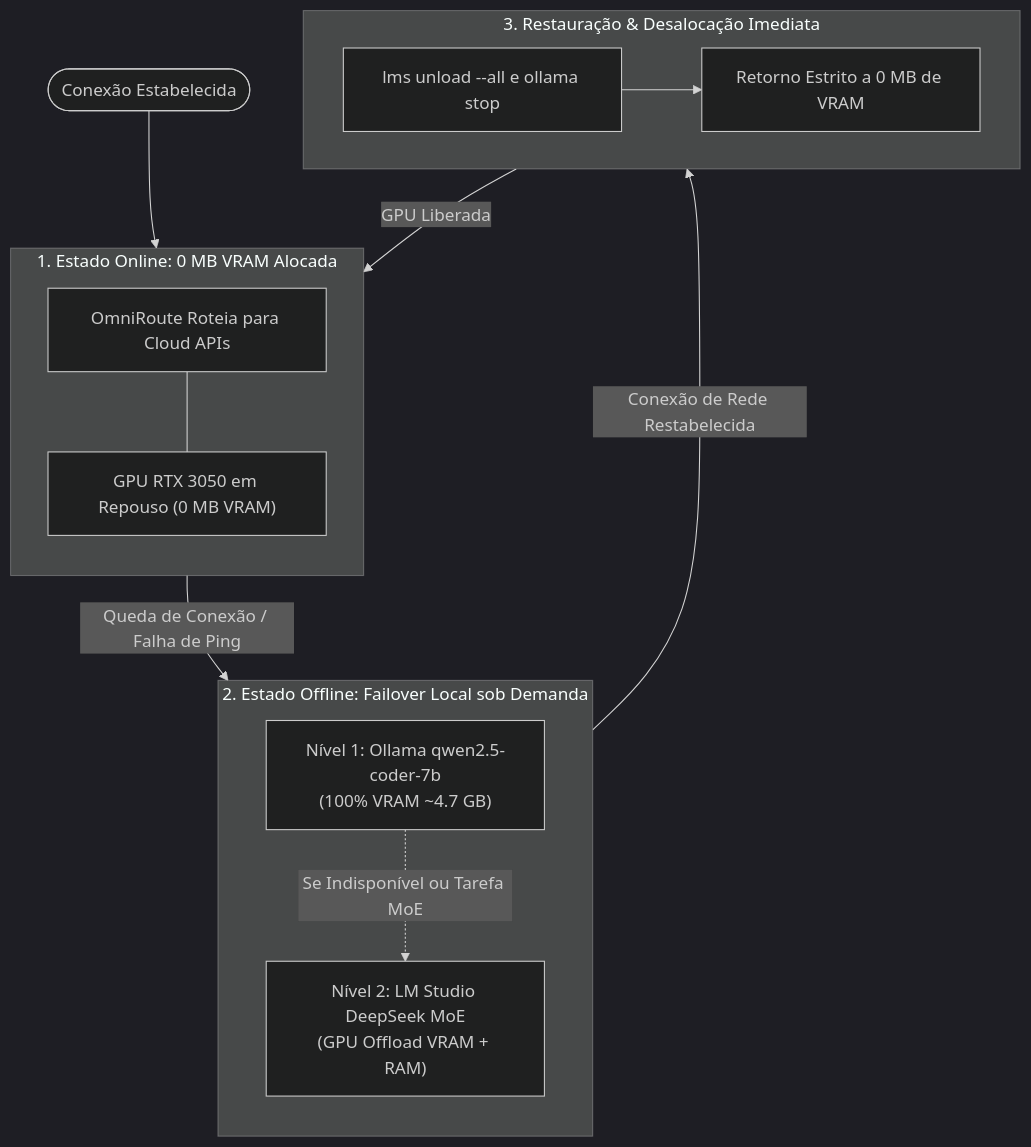
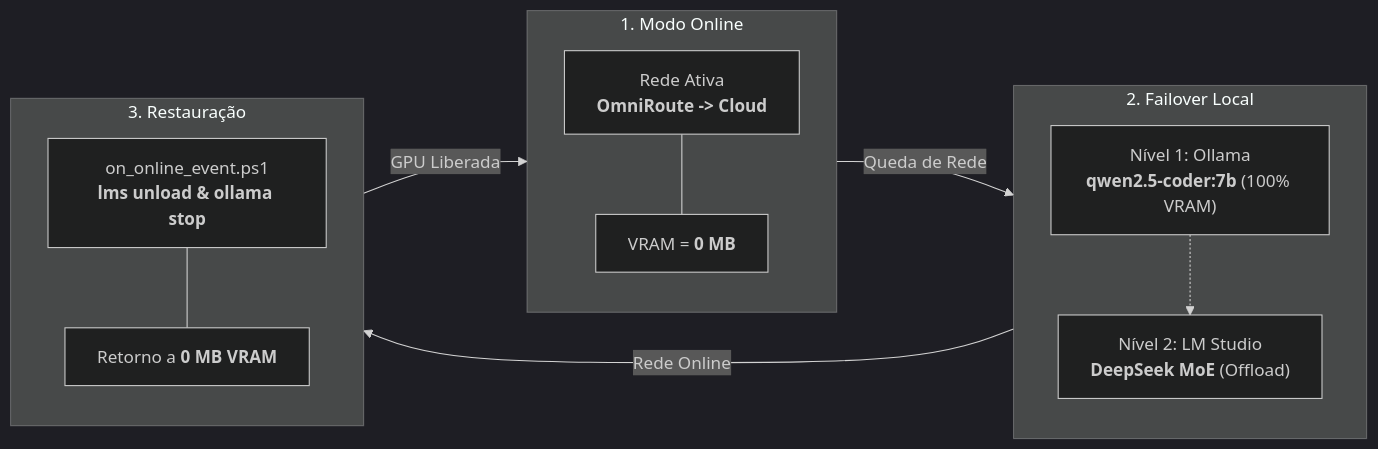
Before and after one commit to EnterDufter/PromptCoreLabs_AEOS: the sixth of 6 diagrams in README.md, drawn with Mermaid (dark theme). The commit also changed 5 other files, not shown here.

Commit message:
fix: replace DIAG-INFER-01 thumbnail with authentic screenshot, convert state diagrams to balanced flowchart LR, and upgrade ASCII diagram to Mermaid in VRAM guide

````diff
--- a/README.md
+++ b/README.md
@@ -264,30 +264,27 @@
 ```mermaid
-flowchart TD
-    Start([Conexão Estabelecida]) --> OnlineState
-
-    subgraph OnlineState [1. Estado Online: 0 MB VRAM Alocada]
+flowchart LR
+    subgraph S1 [1. Modo Online]
         direction TB
-        CloudRouting["OmniRoute Roteia para Cloud APIs"]
-        ZeroVRAM["GPU RTX 3050 em Repouso (0 MB VRAM)"]
-        CloudRouting --- ZeroVRAM
+        Online["Rede Ativa<br><b>OmniRoute -> Cloud</b>"]
+        ZeroVRAM["VRAM = <b>0 MB</b>"]
+        Online --- ZeroVRAM
     end
 
-    OnlineState -->|Queda de Conexão / Falha de Ping| OfflineState
-
-    subgraph OfflineState [2. Estado Offline: Failover Local sob Demanda]
+    subgraph S2 [2. Failover Local]
         direction TB
-        FailoverL1["Nível 1: Ollama qwen2.5-coder-7b<br>(100% VRAM ~4.7 GB)"]
-        FailoverL2["Nível 2: LM Studio DeepSeek MoE<br>(GPU Offload VRAM + RAM)"]
-        FailoverL1 -.->|Se Indisponível ou Tarefa MoE| FailoverL2
+        L1["Nível 1: Ollama<br><b>qwen2.5-coder:7b</b> (100% VRAM)"]
+        L2["Nível 2: LM Studio<br><b>DeepSeek MoE</b> (Offload)"]
+        L1 -.-> L2
     end
 
-    OfflineState -->|Conexão de Rede Restabelecida| Restoration
-
-    subgraph Restoration [3. Restauração & Desalocação Imediata]
-        UnloadModels["lms unload --all e ollama stop"]
-        ResetZero["Retorno Estrito a 0 MB de VRAM"]
-        UnloadModels --> ResetZero
+    subgraph S3 [3. Restauração]
+        direction TB
+        Unload["on_online_event.ps1<br><b>lms unload & ollama stop</b>"]
+        ZeroRet["Retorno a <b>0 MB VRAM</b>"]
+        Unload --- ZeroRet
     end
 
-    Restoration -->|GPU Liberada| OnlineState
+    S1 -->|Queda de Rede| S2
+    S2 -->|Rede Online| S3
+    S3 -->|GPU Liberada| S1
 ```
````
